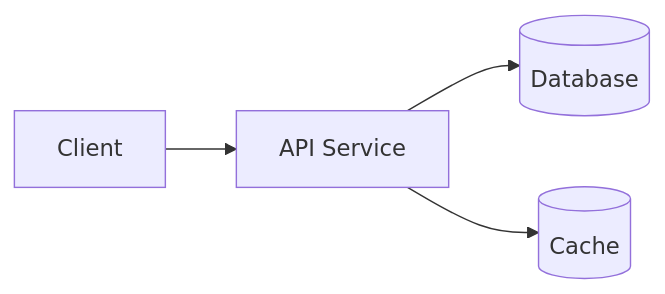
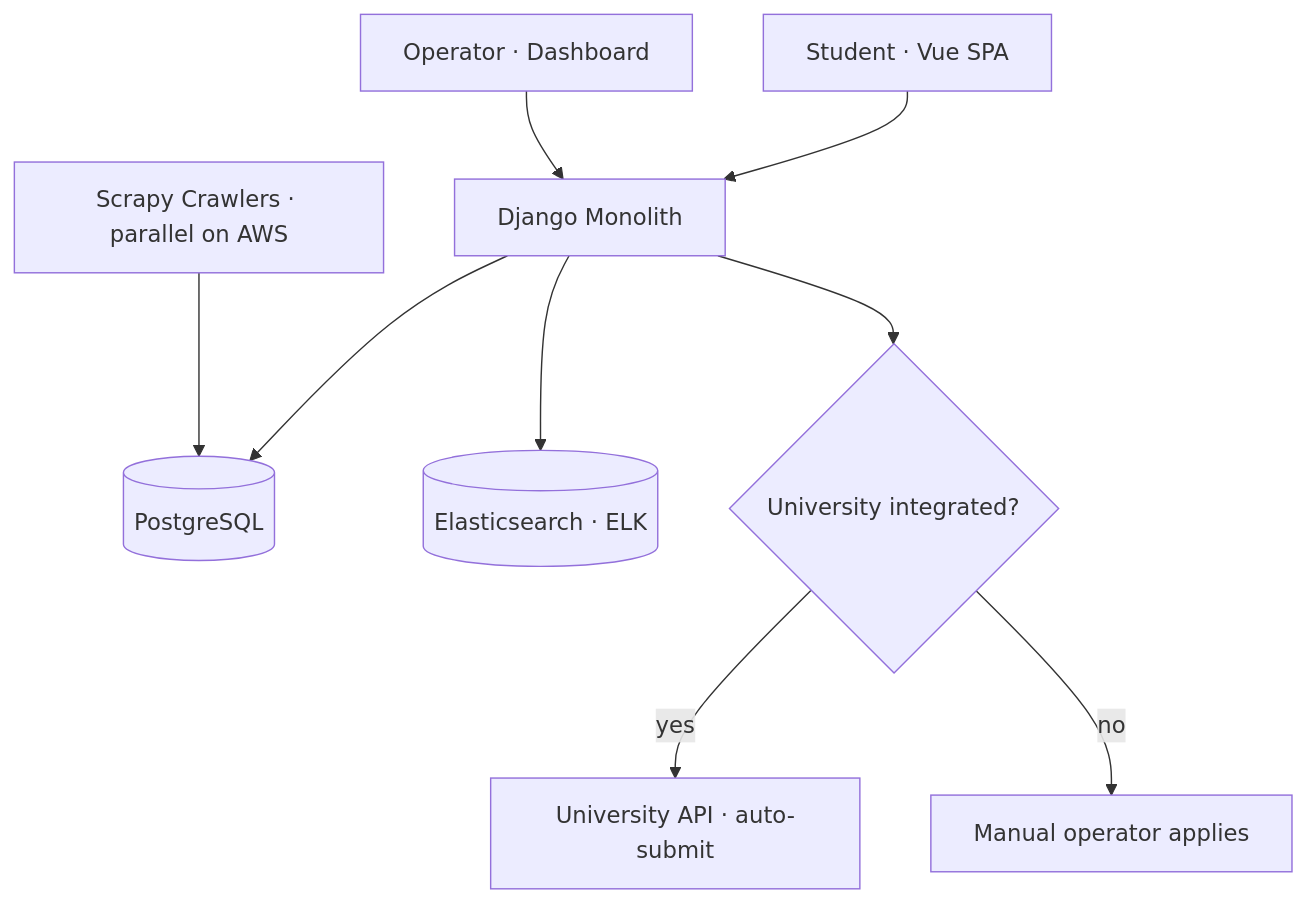
The first of 4 diagrams in _projects/study-giveaway.md (extinctCoder/extinctCoder.github.io), drawn with Mermaid before and after one commit. The commit also changed other lines of this file, not shown here.

````diff
--- a/_projects/study-giveaway.md
+++ b/_projects/study-giveaway.md
@@ -35,6 +48,11 @@
 ```mermaid
-flowchart LR
-    Client --> API[API Service]
-    API --> DB[(Database)]
-    API --> Cache[(Cache)]
+flowchart TB
+    Student[Student · Vue SPA] --> API[Django Monolith]
+    Operator[Operator · Dashboard] --> API
+    API --> DB[(PostgreSQL)]
+    API --> ES[(Elasticsearch · ELK)]
+    Crawl[Scrapy Crawlers · parallel on AWS] --> DB
+    API --> Decision{University integrated?}
+    Decision -- yes --> UniAPI[University API · auto-submit]
+    Decision -- no --> Manual[Manual operator applies]
 ```
````
